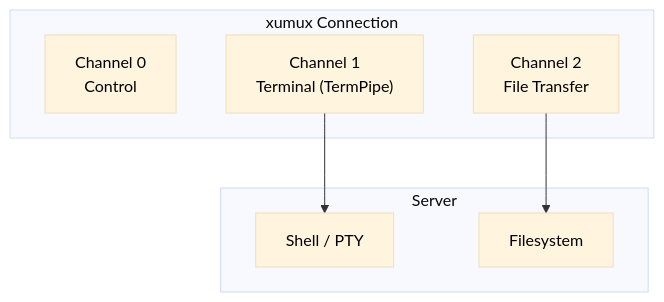
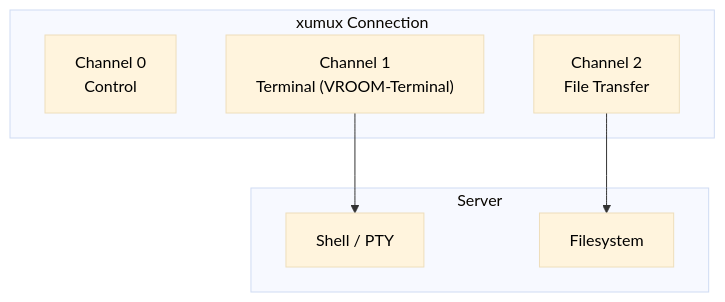
The first of 4 diagrams in docs/ext-file-transfer.md (deftai/xumux), drawn with Mermaid before and after one commit. The commit also changed 4 other files, not shown here.

Commit message:
docs: rename VROOM to VROOM-Graphical, TermPipe to VROOM-Terminal, add QUIC transport

````diff
--- a/docs/ext-file-transfer.md
+++ b/docs/ext-file-transfer.md
@@ -22,17 +22,17 @@
 ```mermaid
 %%{init: {'theme': 'base', 'themeVariables': {'primaryTextColor': '#000', 'lineColor': '#333'}}}%%
 graph TB
     subgraph "xumux Connection"
         CH0["Channel 0<br/>Control"]
-        CH1["Channel 1<br/>Terminal (TermPipe)"]
+        CH1["Channel 1<br/>Terminal (VROOM-Terminal)"]
         CH2["Channel 2<br/>File Transfer"]
     end
 
     subgraph "Server"
         SHELL["Shell / PTY"]
         FS["Filesystem"]
     end
 
     CH1 --> SHELL
     CH2 --> FS
 ```
````
